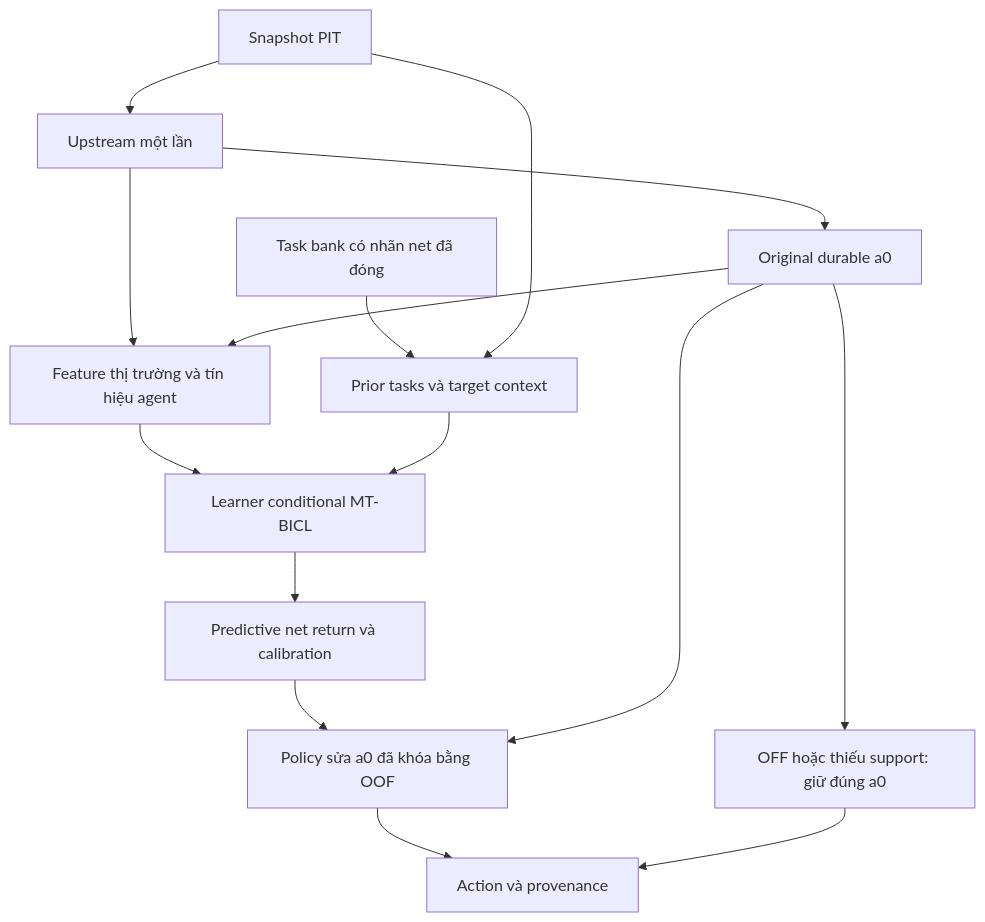
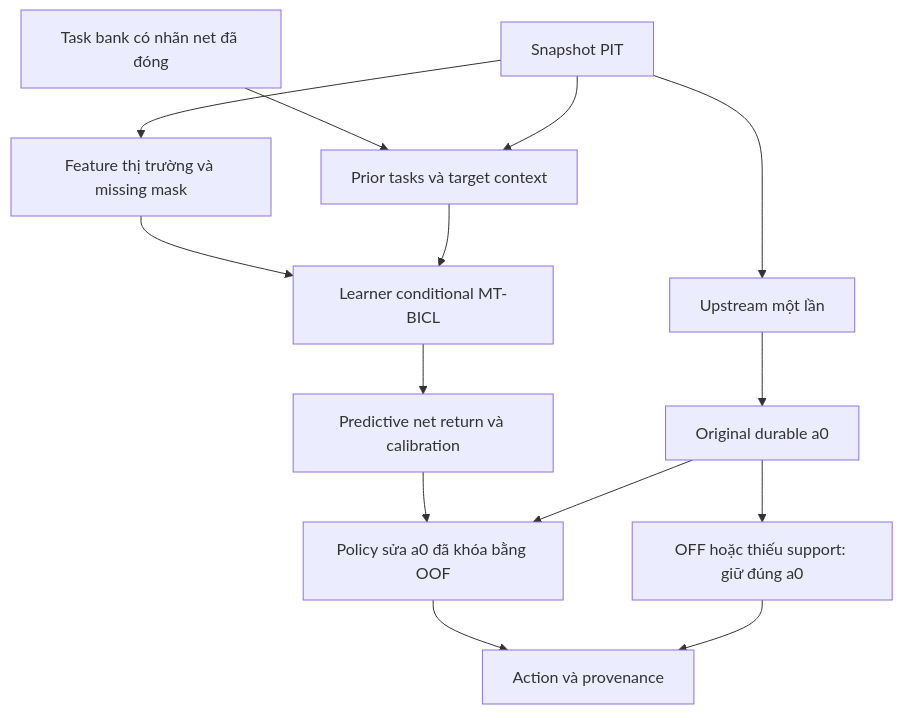
One commit to DungPhanHoangg05/A-Multi-Agent-Large-Language-Model-Approach-to-Price-Driven-Stock-Trading-in-the-Vietnamese-Stock-Ma changed the diagram in docs/plan/plan.md. Above: the diagram before and after it, drawn with Mermaid. The commit also changed other lines of this file and 2 other files, not shown here.

````diff
--- a/docs/plan/plan.md
+++ b/docs/plan/plan.md
@@ -162,17 +169,16 @@
 ```mermaid
 flowchart TD
     PIT[Snapshot PIT] --> UP[Upstream một lần]
     UP --> ORIG[Original durable a0]
-    UP --> X[Feature thị trường và tín hiệu agent]
-    ORIG --> X
+    PIT --> X[Feature thị trường và missing mask]
     BANK[Task bank có nhãn net đã đóng] --> CTX[Prior tasks và target context]
     PIT --> CTX
     X --> MT[Learner conditional MT-BICL]
     CTX --> MT
     MT --> PPD[Predictive net return và calibration]
     PPD --> POLICY[Policy sửa a0 đã khóa bằng OOF]
     ORIG --> POLICY
     POLICY --> OUT[Action và provenance]
     ORIG --> OFF[OFF hoặc thiếu support: giữ đúng a0]
     OFF --> OUT
 ```
````
